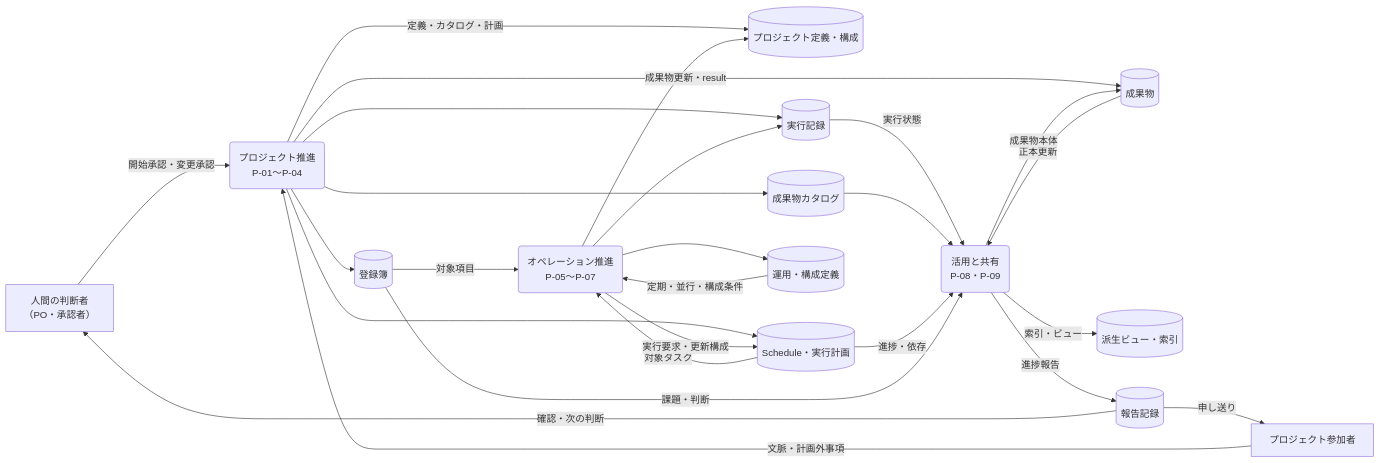
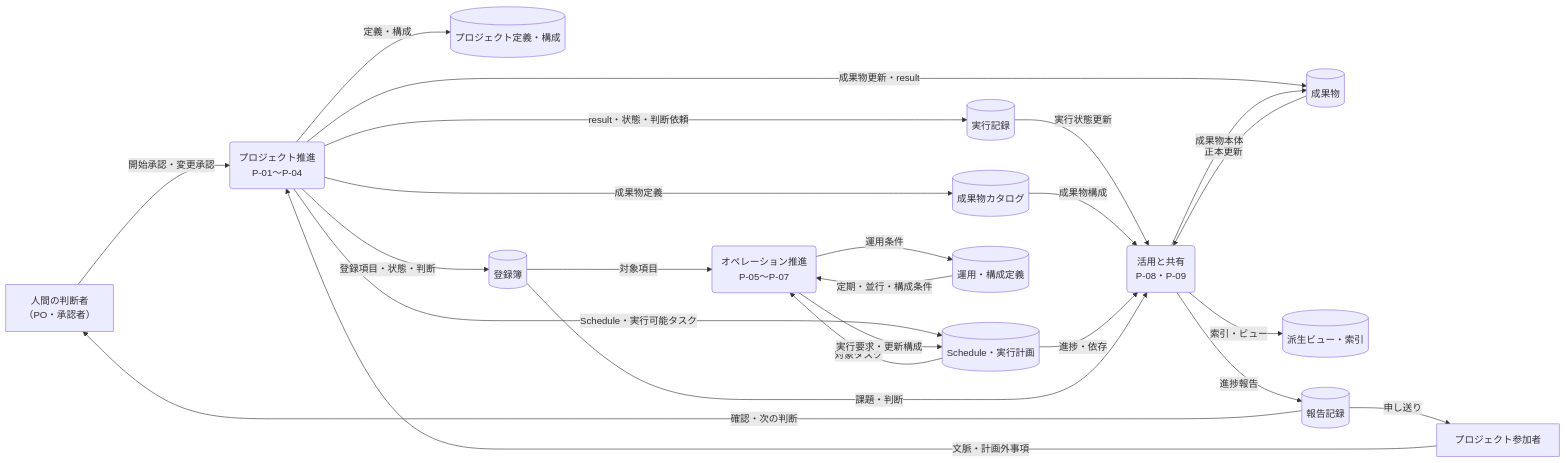
One commit to specdojo/specdojo changed the diagram in docs/ja/product/010-business-specs/010-data-flow/cdfd-overview.md. Above: the diagram before and after it, drawn with Mermaid.

Commit message:
docs(cdfd-overview): 概念データフロー図のラベル省略エッジを補完・整理
ラベルのない8本のエッジのうち、登録簿・成果物カタログ・運用構成定義への
唯一の書き込み元だったものはラベルを補って残し、他エッジと重複していた
2本（オペレーション推進→プロジェクト定義、プロジェクト推進→実行記録の
重複分）は削除した。全エッジにラベルが付き、25本から23本になった。

Claude-Session: https://claude.ai/code/session_01Ve5gB3kQ76JatBmKW6hWgv

````diff
--- a/docs/ja/product/010-business-specs/010-data-flow/cdfd-overview.md
+++ b/docs/ja/product/010-business-specs/010-data-flow/cdfd-overview.md
@@ -40,47 +40,45 @@
 ```mermaid
 flowchart LR
   人間判断者["人間の判断者<br>（PO・承認者）"]
   プロジェクト参加者["プロジェクト参加者"]
 
   プロジェクト推進("プロジェクト推進<br>P-01〜P-04")
   オペレーション推進("オペレーション推進<br>P-05〜P-07")
   活用と共有("活用と共有<br>P-08・P-09")
 
   プロジェクト定義[("プロジェクト定義・構成")]
   登録簿[("登録簿")]
   成果物カタログ[("成果物カタログ")]
   実行計画[("Schedule・実行計画")]
   成果物[("成果物")]
   実行記録[("実行記録")]
   運用構成定義[("運用・構成定義")]
   派生ビュー[("派生ビュー・索引")]
   報告記録[("報告記録")]
 
   人間判断者 -->|"開始承認・変更承認"| プロジェクト推進
   プロジェクト参加者 -->|"文脈・計画外事項"| プロジェクト推進
-  プロジェクト推進 -->|"定義・カタログ・計画"| プロジェクト定義
-  プロジェクト推進 --> 登録簿
-  プロジェクト推進 --> 成果物カタログ
-  プロジェクト推進 --> 実行計画
+  プロジェクト推進 -->|"定義・構成"| プロジェクト定義
+  プロジェクト推進 -->|"登録項目・状態・判断"| 登録簿
+  プロジェクト推進 -->|"成果物定義"| 成果物カタログ
+  プロジェクト推進 -->|"Schedule・実行可能タスク"| 実行計画
   プロジェクト推進 -->|"成果物更新・result"| 成果物
-  プロジェクト推進 --> 実行記録
+  プロジェクト推進 -->|"result・状態・判断依頼"| 実行記録
 
   運用構成定義 -->|"定期・並行・構成条件"| オペレーション推進
   実行計画 -->|"対象タスク"| オペレーション推進
   登録簿 -->|"対象項目"| オペレーション推進
   オペレーション推進 -->|"実行要求・更新構成"| 実行計画
-  オペレーション推進 --> プロジェクト定義
-  オペレーション推進 --> 運用構成定義
-  オペレーション推進 --> 実行記録
+  オペレーション推進 -->|"運用条件"| 運用構成定義
 
   成果物 -->|"正本更新"| 活用と共有
-  実行記録 -->|"実行状態"| 活用と共有
-  成果物カタログ --> 活用と共有
+  実行記録 -->|"実行状態更新"| 活用と共有
+  成果物カタログ -->|"成果物構成"| 活用と共有
   実行計画 -->|"進捗・依存"| 活用と共有
   登録簿 -->|"課題・判断"| 活用と共有
   活用と共有 -->|"成果物本体"| 成果物
   活用と共有 -->|"索引・ビュー"| 派生ビュー
   活用と共有 -->|"進捗報告"| 報告記録
   報告記録 -->|"確認・次の判断"| 人間判断者
   報告記録 -->|"申し送り"| プロジェクト参加者
 ```
````
